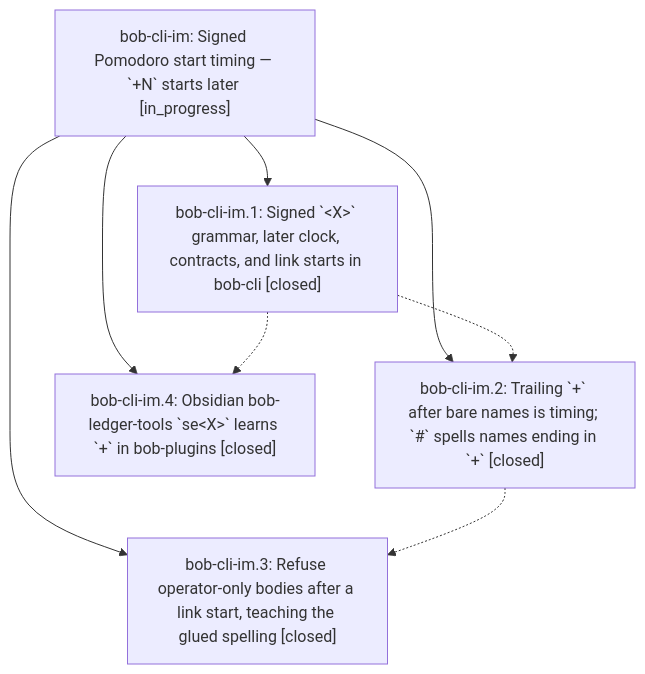
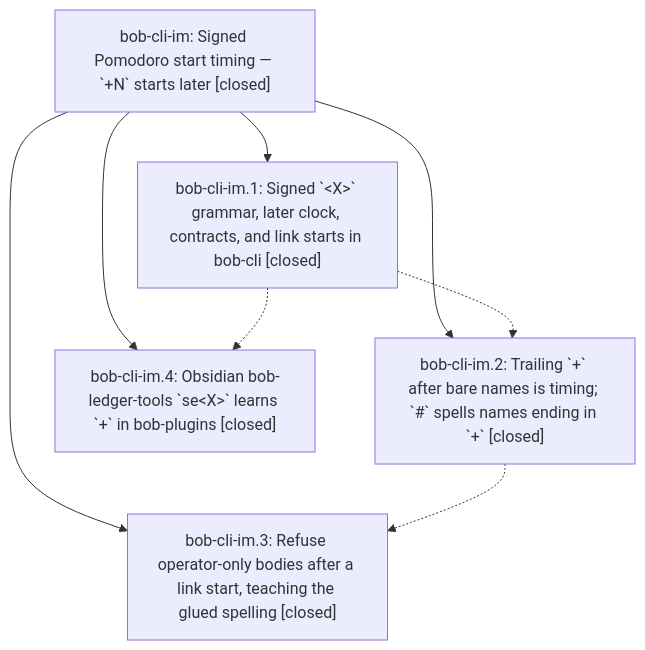
Before and after one commit to bobs-org/bob-cli--beads: the diagram in pages/bob-cli-im/README.md, drawn with Mermaid. The commit also changed other lines of this file and 2 other files, not shown here.

First line of the commit message:
chore(beads): sync bead state and pages for bob-cli-im

````diff
--- a/pages/bob-cli-im/README.md
+++ b/pages/bob-cli-im/README.md
@@ -37,15 +49,15 @@
 ```mermaid
 flowchart TD
-    n0["bob-cli-im: Signed Pomodoro start timing — `+N` starts later [in_progress]"]
+    n0["bob-cli-im: Signed Pomodoro start timing — `+N` starts later [closed]"]
     n1["bob-cli-im.1: Signed `&lt;X&gt;` grammar, later clock, contracts, and link starts in bob-cli [closed]"]
     n2["bob-cli-im.2: Trailing `+` after bare names is timing; `#` spells names ending in `+` [closed]"]
     n3["bob-cli-im.3: Refuse operator-only bodies after a link start, teaching the glued spelling [closed]"]
     n4["bob-cli-im.4: Obsidian bob-ledger-tools `se&lt;X&gt;` learns `+` in bob-plugins [closed]"]
     n0 --> n1
     n0 --> n2
     n0 --> n3
     n0 --> n4
     n1 -.-> n2
     n1 -.-> n4
     n2 -.-> n3
 ```
````
